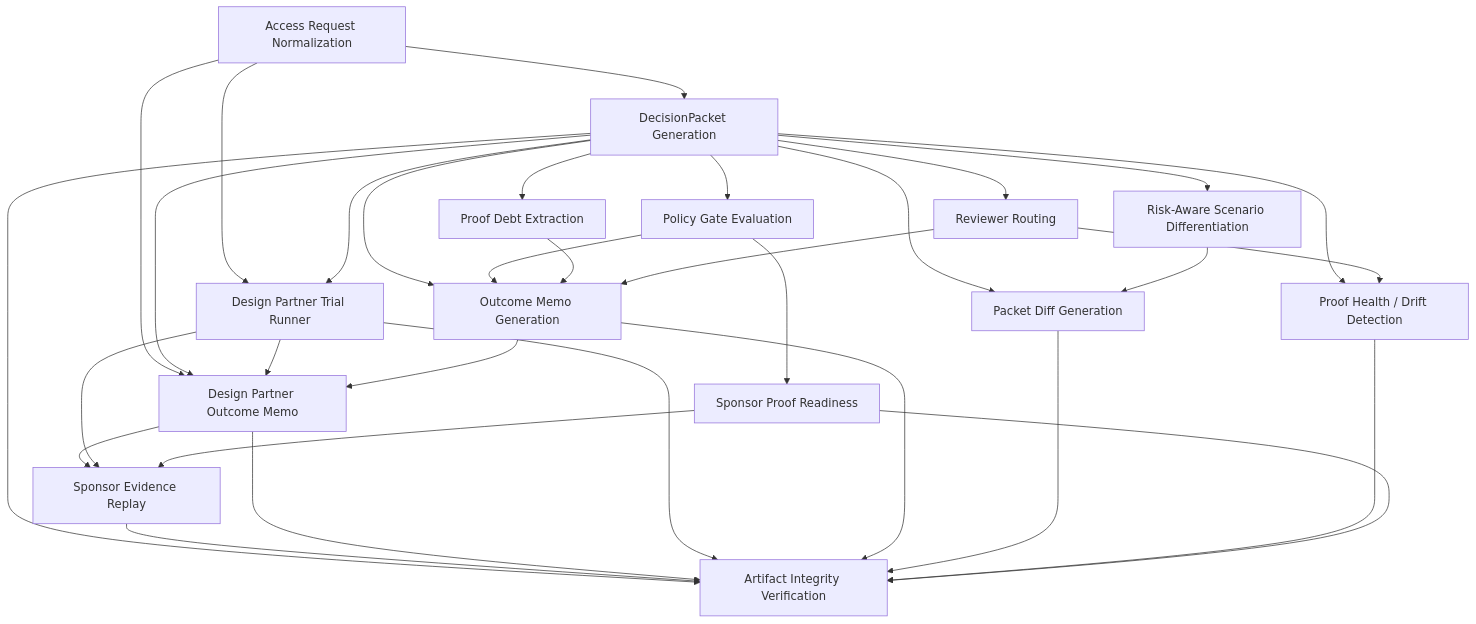
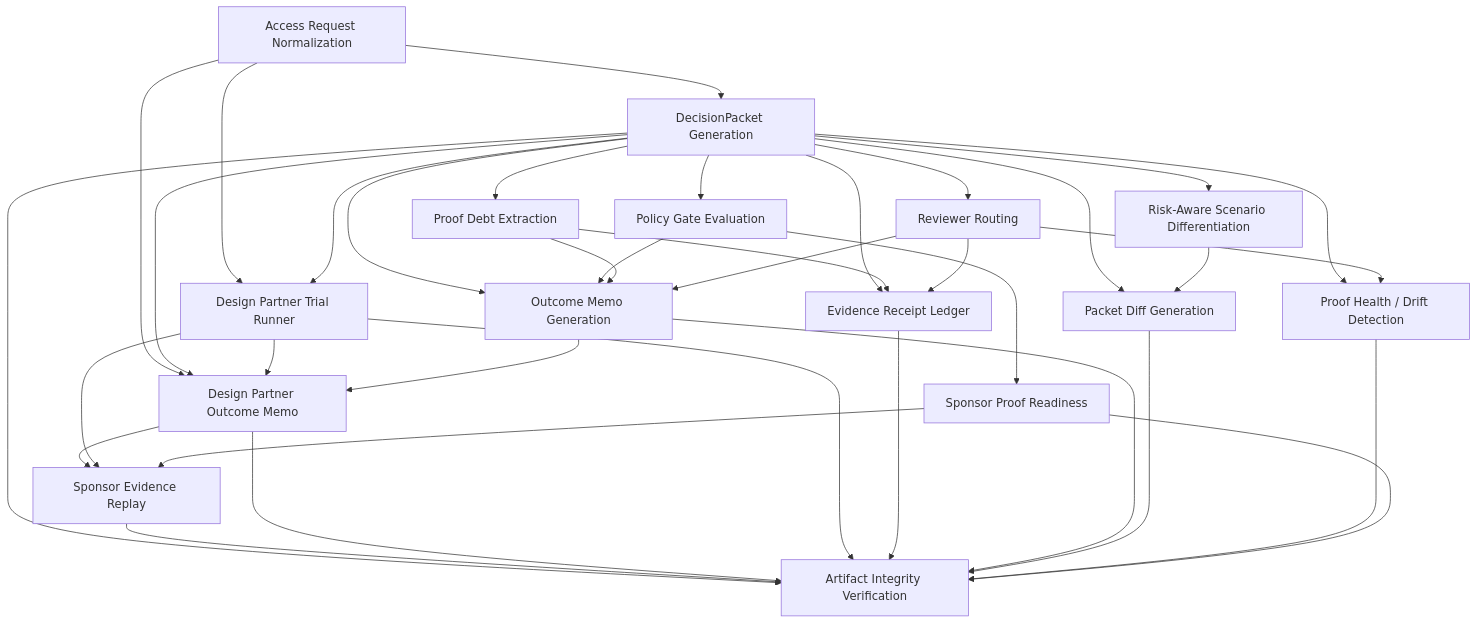
One commit to jayeshsuyal/inferenceatlas-agent-demo changed the diagram in docs/AGENT_SKILLS.md. Above: the diagram before and after it, drawn with Mermaid. The commit also changed other lines of this file and 38 other files, not shown here.

Commit message:
feat: add evidence receipt ledger

````diff
--- a/docs/AGENT_SKILLS.md
+++ b/docs/AGENT_SKILLS.md
@@ -65,48 +66,53 @@
 ```mermaid
 graph TD
     access_request_normalization["Access Request Normalization"]
     decision_packet_generation["DecisionPacket Generation"]
     policy_gate_evaluation["Policy Gate Evaluation"]
     proof_debt_extraction["Proof Debt Extraction"]
     reviewer_routing["Reviewer Routing"]
     risk_aware_scenario_differentiation["Risk-Aware Scenario Differentiation"]
     design_partner_evidence_replay["Sponsor Evidence Replay"]
     design_partner_outcome_memo["Design Partner Outcome Memo"]
     design_partner_trial_runner["Design Partner Trial Runner"]
     outcome_memo_generation["Outcome Memo Generation"]
     packet_diff_generation["Packet Diff Generation"]
     artifact_integrity_verification["Artifact Integrity Verification"]
+    evidence_receipt_ledger["Evidence Receipt Ledger"]
     proof_health_drift_detection["Proof Health / Drift Detection"]
     sponsor_proof_readiness["Sponsor Proof Readiness"]
     access_request_normalization --> decision_packet_generation
     decision_packet_generation --> policy_gate_evaluation
     decision_packet_generation --> proof_debt_extraction
     decision_packet_generation --> reviewer_routing
     decision_packet_generation --> risk_aware_scenario_differentiation
     design_partner_outcome_memo --> design_partner_evidence_replay
     design_partner_trial_runner --> design_partner_evidence_replay
     sponsor_proof_readiness --> design_partner_evidence_replay
     access_request_normalization --> design_partner_outcome_memo
     decision_packet_generation --> design_partner_outcome_memo
     design_partner_trial_runner --> design_partner_outcome_memo
     outcome_memo_generation --> design_partner_outcome_memo
     access_request_normalization --> design_partner_trial_runner
     decision_packet_generation --> design_partner_trial_runner
     decision_packet_generation --> outcome_memo_generation
     policy_gate_evaluation --> outcome_memo_generation
     proof_debt_extraction --> outcome_memo_generation
     reviewer_routing --> outcome_memo_generation
     decision_packet_generation --> packet_diff_generation
     risk_aware_scenario_differentiation --> packet_diff_generation
     decision_packet_generation --> artifact_integrity_verification
     design_partner_evidence_replay --> artifact_integrity_verification
     design_partner_outcome_memo --> artifact_integrity_verification
     design_partner_trial_runner --> artifact_integrity_verification
+    evidence_receipt_ledger --> artifact_integrity_verification
     outcome_memo_generation --> artifact_integrity_verification
     packet_diff_generation --> artifact_integrity_verification
     proof_health_drift_detection --> artifact_integrity_verification
     sponsor_proof_readiness --> artifact_integrity_verification
+    decision_packet_generation --> evidence_receipt_ledger
+    proof_debt_extraction --> evidence_receipt_ledger
+    reviewer_routing --> evidence_receipt_ledger
     decision_packet_generation --> proof_health_drift_detection
     reviewer_routing --> proof_health_drift_detection
     policy_gate_evaluation --> sponsor_proof_readiness
 ```
````
